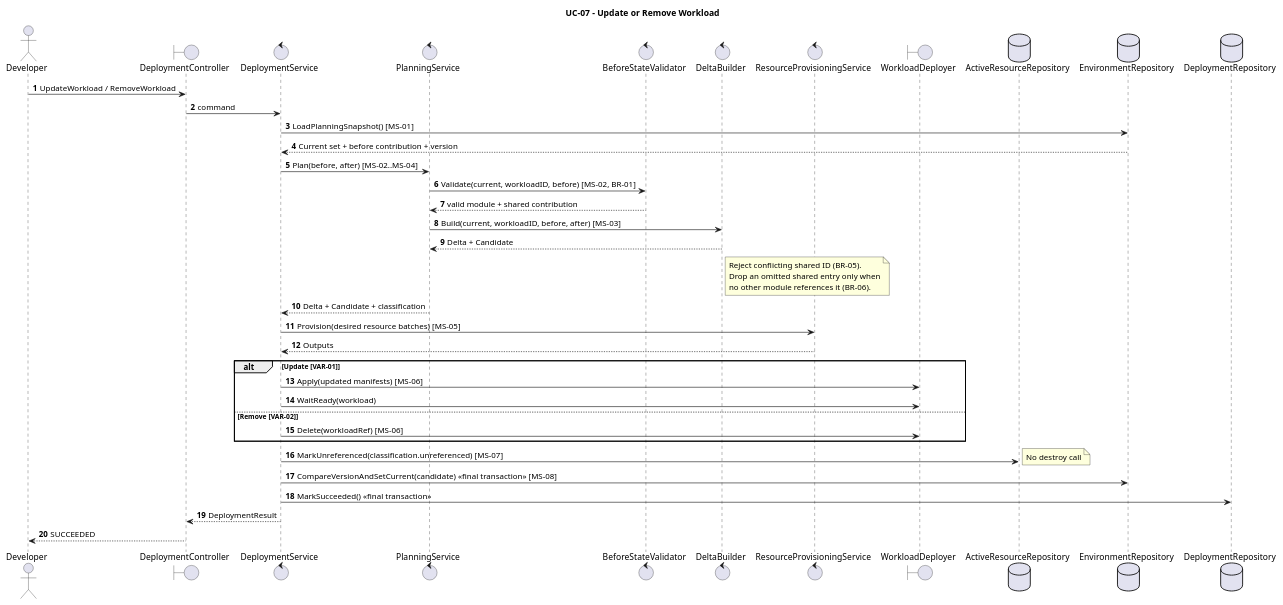
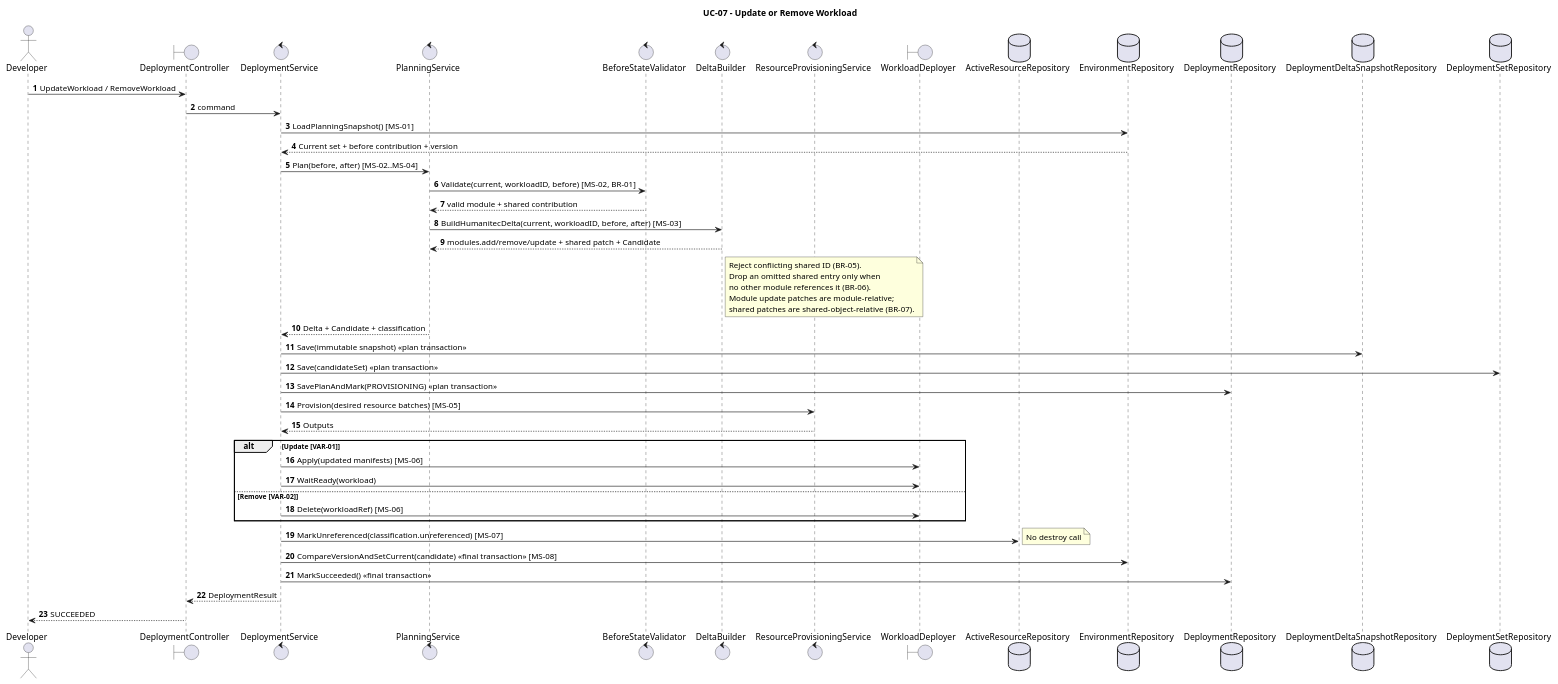
Before and after one commit to pr3s3nt/poc: the diagram in orchestrator_docs/usecase/UC-07/sequence.puml, drawn with PlantUML. The commit also changed 63 other files, not shown here.

```diff
--- a/orchestrator_docs/usecase/UC-07/sequence.puml
+++ b/orchestrator_docs/usecase/UC-07/sequence.puml
@@ -1,45 +1,52 @@
 @startuml
 title UC-07 - Update or Remove Workload
 autonumber
 actor Developer
 boundary DeploymentController as API
 control DeploymentService as Service
 control PlanningService as Planner
 control BeforeStateValidator as BeforeValidator
 control DeltaBuilder as Delta
 control ResourceProvisioningService as Provisioner
 boundary WorkloadDeployer as Deployer
 database ActiveResourceRepository as ResourceRepo
 database EnvironmentRepository as EnvRepo
 database DeploymentRepository as DeploymentRepo
+database DeploymentDeltaSnapshotRepository as DeltaSnapshotRepo
+database DeploymentSetRepository as SetRepo
 
 Developer -> API: UpdateWorkload / RemoveWorkload
 API -> Service: command
 Service -> EnvRepo: LoadPlanningSnapshot() [MS-01]
 EnvRepo --> Service: Current set + before contribution + version
 Service -> Planner: Plan(before, after) [MS-02..MS-04]
 Planner -> BeforeValidator: Validate(current, workloadID, before) [MS-02, BR-01]
 BeforeValidator --> Planner: valid module + shared contribution
-Planner -> Delta: Build(current, workloadID, before, after) [MS-03]
-Delta --> Planner: Delta + Candidate
+Planner -> Delta: BuildHumanitecDelta(current, workloadID, before, after) [MS-03]
+Delta --> Planner: modules.add/remove/update + shared patch + Candidate
 note right of Delta
 Reject conflicting shared ID (BR-05).
 Drop an omitted shared entry only when
 no other module references it (BR-06).
+Module update patches are module-relative;
+shared patches are shared-object-relative (BR-07).
 end note
 Planner --> Service: Delta + Candidate + classification
+Service -> DeltaSnapshotRepo: Save(immutable snapshot) <<plan transaction>>
+Service -> SetRepo: Save(candidateSet) <<plan transaction>>
+Service -> DeploymentRepo: SavePlanAndMark(PROVISIONING) <<plan transaction>>
 Service -> Provisioner: Provision(desired resource batches) [MS-05]
 Provisioner --> Service: Outputs
 alt Update [VAR-01]
   Service -> Deployer: Apply(updated manifests) [MS-06]
   Service -> Deployer: WaitReady(workload)
 else Remove [VAR-02]
   Service -> Deployer: Delete(workloadRef) [MS-06]
 end
 Service -> ResourceRepo: MarkUnreferenced(classification.unreferenced) [MS-07]
 note right: No destroy call
 Service -> EnvRepo: CompareVersionAndSetCurrent(candidate) <<final transaction>> [MS-08]
 Service -> DeploymentRepo: MarkSucceeded() <<final transaction>>
 Service --> API: DeploymentResult
 API --> Developer: SUCCEEDED
 @enduml
```
